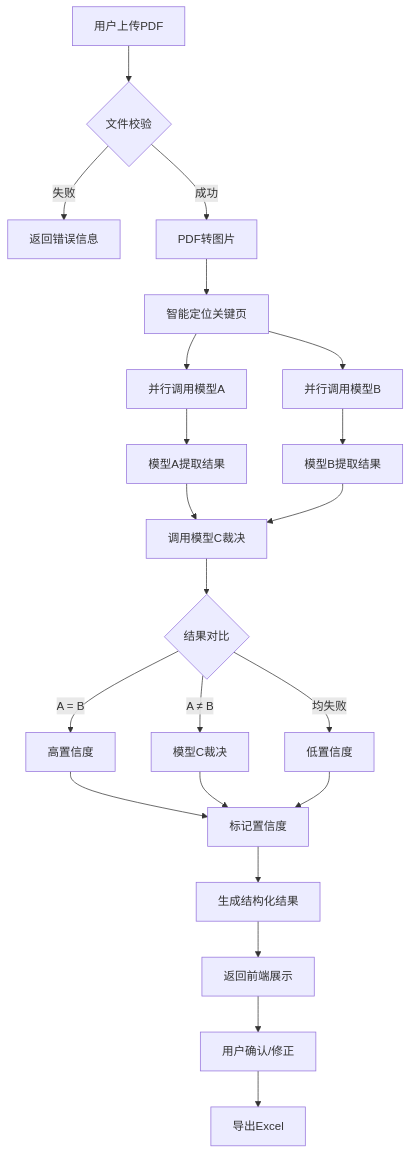
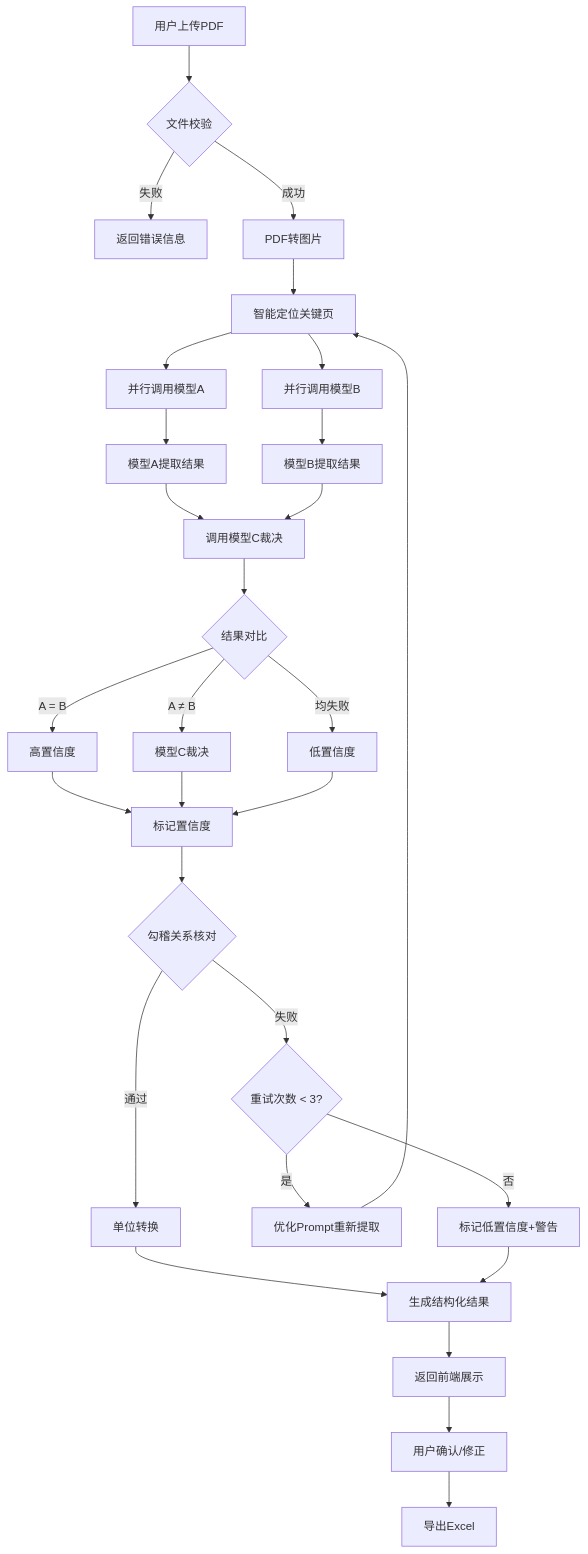
Before and after one commit to imhyb1105/financial_report_extractor: the first of 5 diagrams in 财务报表数据分析/ARCHITECTURE.md, drawn with Mermaid. The commit also changed other lines of this file and 56 other files, not shown here.

````diff
--- a/财务报表数据分析/ARCHITECTURE.md
+++ b/财务报表数据分析/ARCHITECTURE.md
@@ -82,31 +92,39 @@
 ```mermaid
 flowchart TD
     A[用户上传PDF] --> B{文件校验}
     B -->|失败| C[返回错误信息]
     B -->|成功| D[PDF转图片]
 
     D --> E[智能定位关键页]
 
     E --> F[并行调用模型A]
     E --> G[并行调用模型B]
 
     F --> H[模型A提取结果]
     G --> I[模型B提取结果]
 
     H --> J[调用模型C裁决]
     I --> J
 
     J --> K{结果对比}
     K -->|A = B| L[高置信度]
     K -->|A ≠ B| M[模型C裁决]
     K -->|均失败| N[低置信度]
 
     L --> O[标记置信度]
     M --> O
     N --> O
 
-    O --> P[生成结构化结果]
-    P --> Q[返回前端展示]
-    Q --> R[用户确认/修正]
-    R --> S[导出Excel]
+    O --> P{勾稽关系核对}
+    P -->|通过| Q[单位转换]
+    P -->|失败| R{重试次数 < 3?}
+    R -->|是| S[优化Prompt重新提取]
+    R -->|否| T[标记低置信度+警告]
+    S --> E
+
+    Q --> U[生成结构化结果]
+    T --> U
+    U --> V[返回前端展示]
+    V --> W[用户确认/修正]
+    W --> X[导出Excel]
 ```
````
